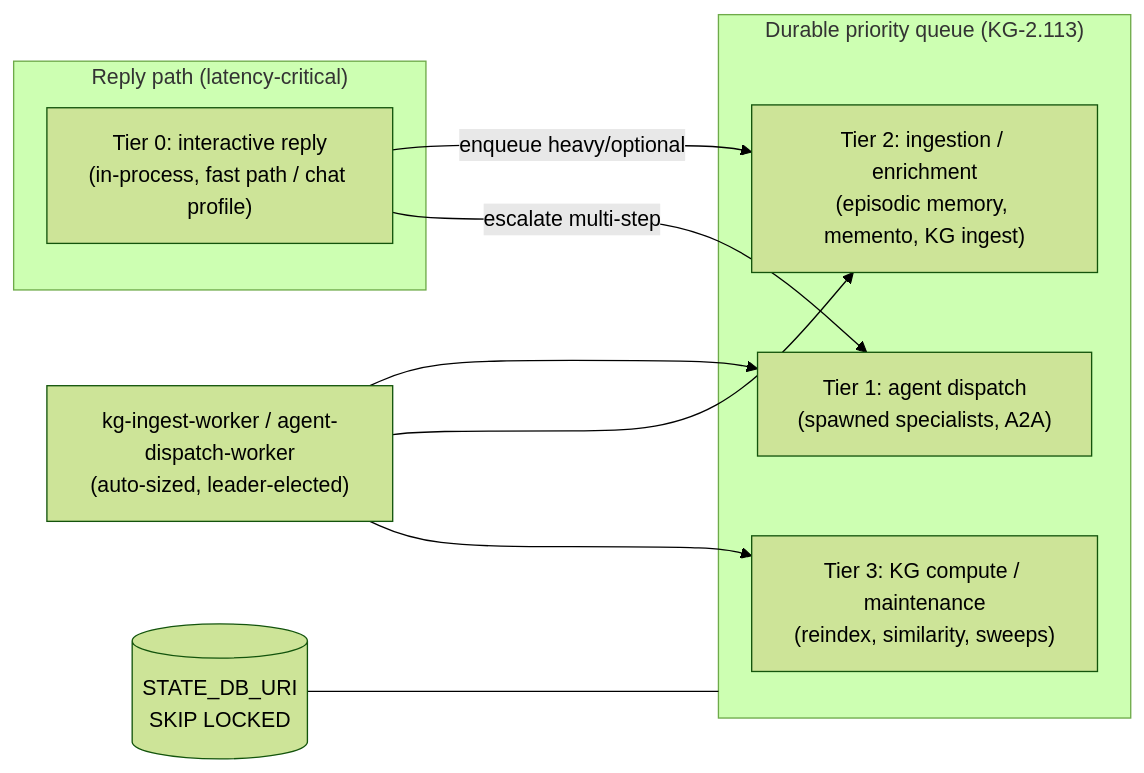
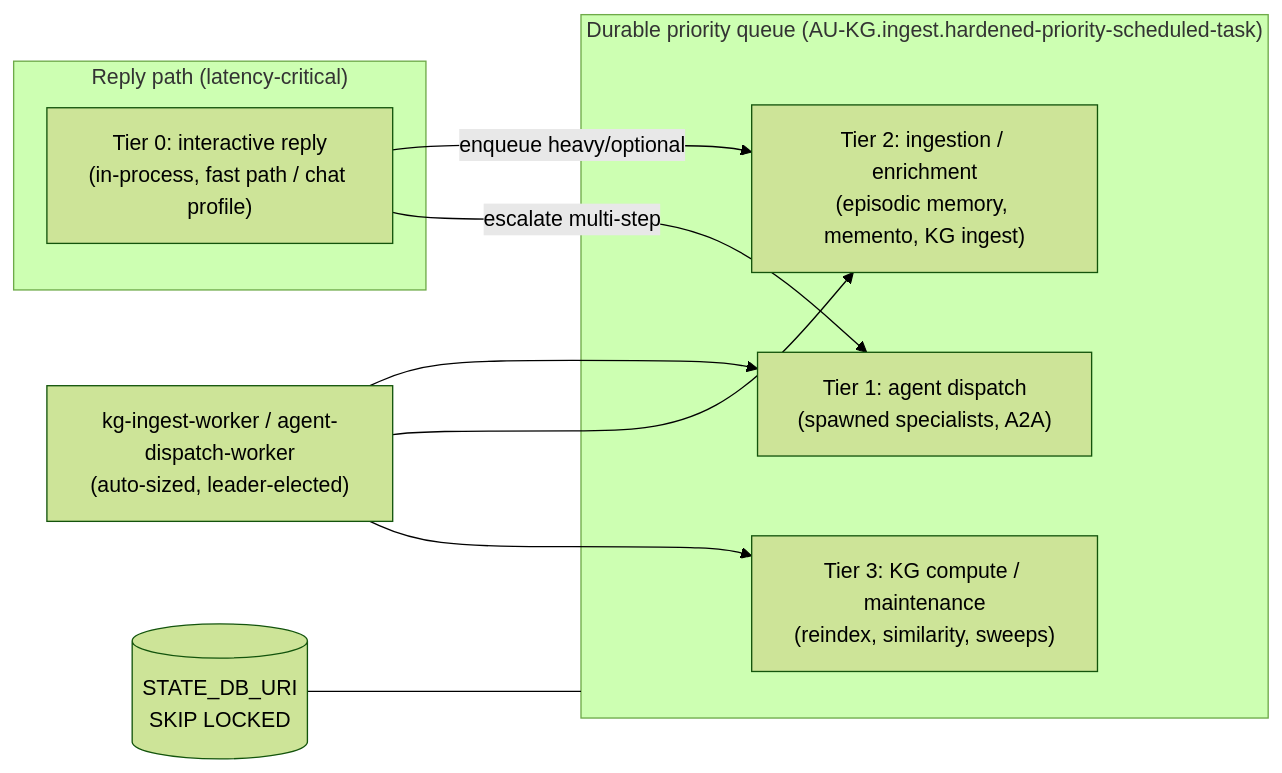
One commit to Knuckles-Team/agent-utilities changed the third of 3 diagrams in docs/architecture/non-blocking-execution.md. Above: the diagram before and after it, drawn with Mermaid (forest theme). The commit also changed other lines of this file and 2324 other files, not shown here.

````diff
--- a/docs/architecture/non-blocking-execution.md
+++ b/docs/architecture/non-blocking-execution.md
@@ -198,15 +198,15 @@
 ```mermaid
 flowchart LR
     subgraph Reply["Reply path (latency-critical)"]
       T0["Tier 0: interactive reply<br/>(in-process, fast path / chat profile)"]
     end
-    subgraph Queue["Durable priority queue (KG-2.113)"]
+    subgraph Queue["Durable priority queue (AU-KG.ingest.hardened-priority-scheduled-task)"]
       T1["Tier 1: agent dispatch<br/>(spawned specialists, A2A)"]
       T2["Tier 2: ingestion / enrichment<br/>(episodic memory, memento, KG ingest)"]
       T3["Tier 3: KG compute / maintenance<br/>(reindex, similarity, sweeps)"]
     end
     T0 -->|enqueue heavy/optional| T2
     T0 -->|escalate multi-step| T1
     Workers["kg-ingest-worker / agent-dispatch-worker<br/>(auto-sized, leader-elected)"] --> T1 & T2 & T3
     Q[("STATE_DB_URI<br/>SKIP LOCKED")] --- Queue
 ```
````
